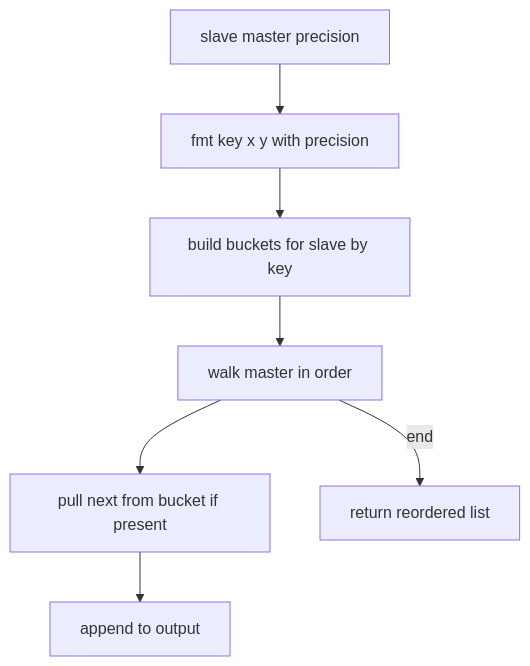
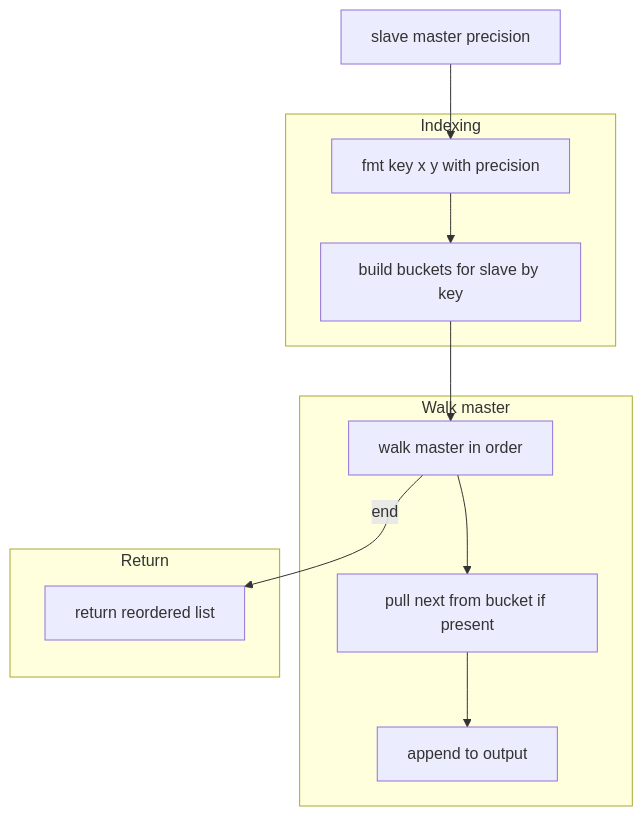
The first of 4 diagrams in docs/poly/reorder_and_centroids.md (Gh0st352/AETHR), drawn with Mermaid before and after one commit. The commit also changed other lines of this file and 9 other files, not shown here.

First line of the commit message:
docs(poly): improve README headings and mermaid diagrams

````diff
--- a/docs/poly/reorder_and_centroids.md
+++ b/docs/poly/reorder_and_centroids.md
@@ -22,9 +22,27 @@
 ```mermaid
+%% shared theme: docs/_mermaid/theme.json %%
 flowchart TD
   IN[slave master precision] --> KEY[fmt key x y with precision]
   KEY --> BUCKETS[build buckets for slave by key]
   BUCKETS --> WALK[walk master in order]
   WALK --> PICK[pull next from bucket if present]
   PICK --> OUT[append to output]
   WALK -->|end| RET[return reordered list]
+
+  subgraph "Indexing"
+    KEY
+    BUCKETS
+  end
+  subgraph "Walk master"
+    WALK
+    PICK
+    OUT
+  end
+  subgraph "Return"
+    RET
+  end
+
+  class IN class_io;
+  class KEY,BUCKETS,WALK,PICK,OUT class_step;
+  class RET class_result;
 ```
````
